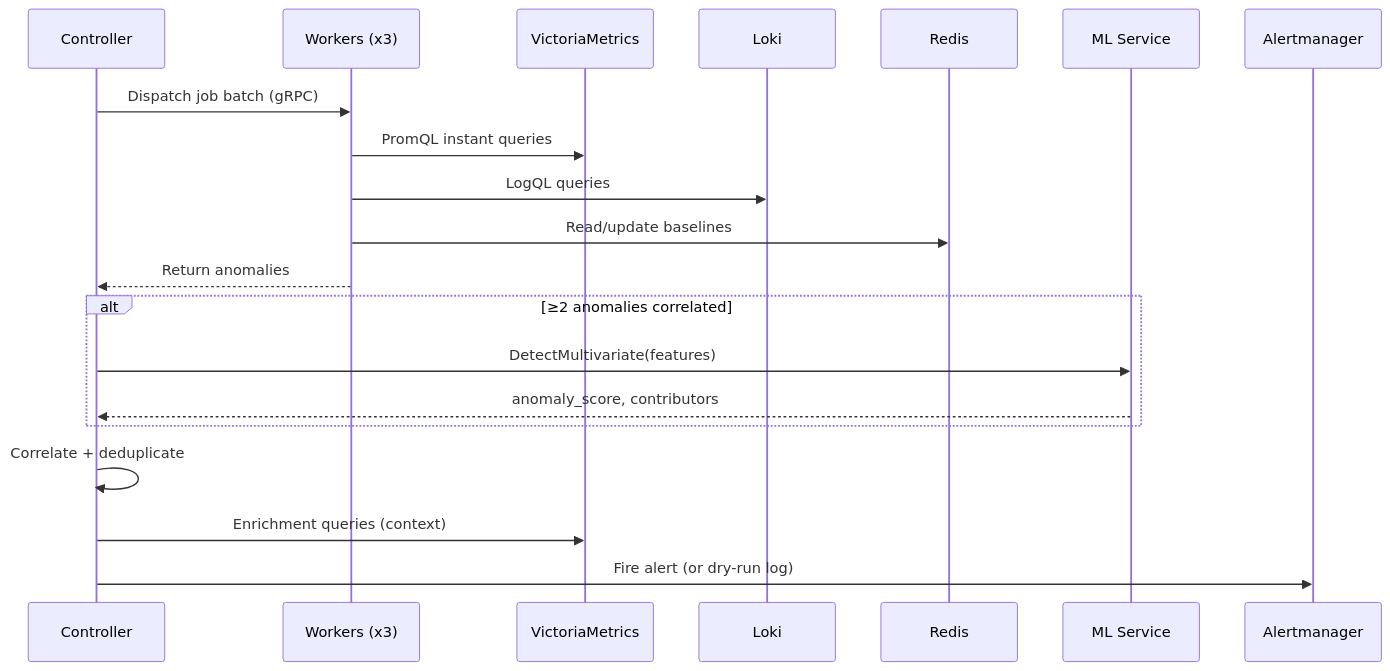
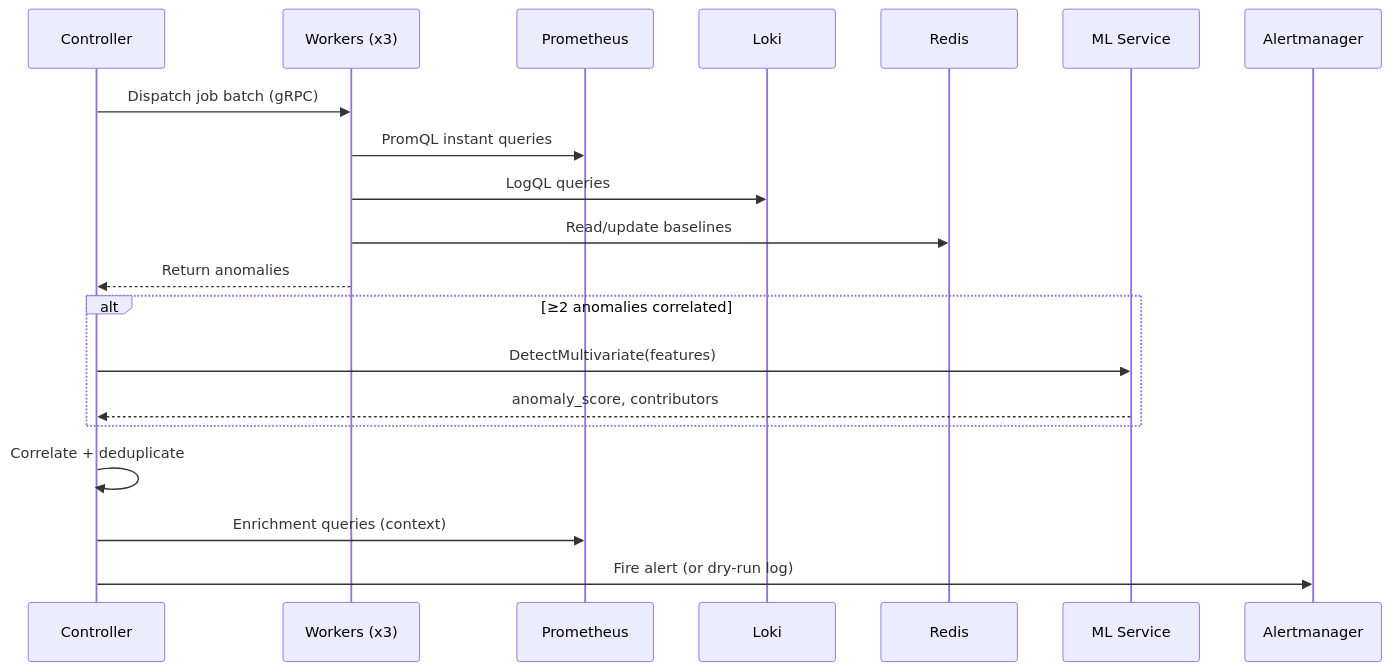
Before and after one commit to StaffOps/anomaly-detection: the first of 2 diagrams in docs/site/architecture/data-flow.md, drawn with Mermaid. The commit also changed other lines of this file and 45 other files, not shown here.

First line of the commit message:
docs: rename VictoriaMetrics/VM -> Prometheus across docs, config, and specs

````diff
--- a/docs/site/architecture/data-flow.md
+++ b/docs/site/architecture/data-flow.md
@@ -5,25 +5,25 @@
 ```mermaid
 sequenceDiagram
     participant C as Controller
     participant W as Workers (x3)
-    participant VM as VictoriaMetrics
+    participant Prometheus as Prometheus
     participant LK as Loki
     participant RD as Redis
     participant ML as ML Service
     participant AM as Alertmanager
 
     C->>W: Dispatch job batch (gRPC)
-    W->>VM: PromQL instant queries
+    W->>Prometheus: PromQL instant queries
     W->>LK: LogQL queries
     W->>RD: Read/update baselines
     W-->>C: Return anomalies
 
     alt ≥2 anomalies correlated
         C->>ML: DetectMultivariate(features)
         ML-->>C: anomaly_score, contributors
     end
 
     C->>C: Correlate + deduplicate
-    C->>VM: Enrichment queries (context)
+    C->>Prometheus: Enrichment queries (context)
     C->>AM: Fire alert (or dry-run log)
 ```
````
